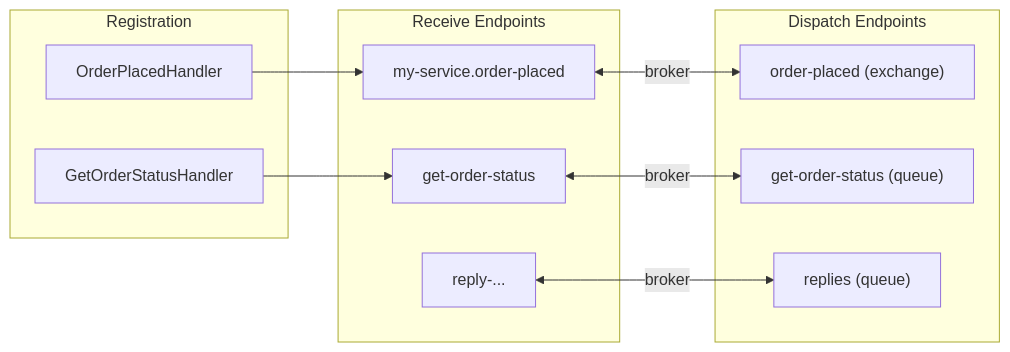
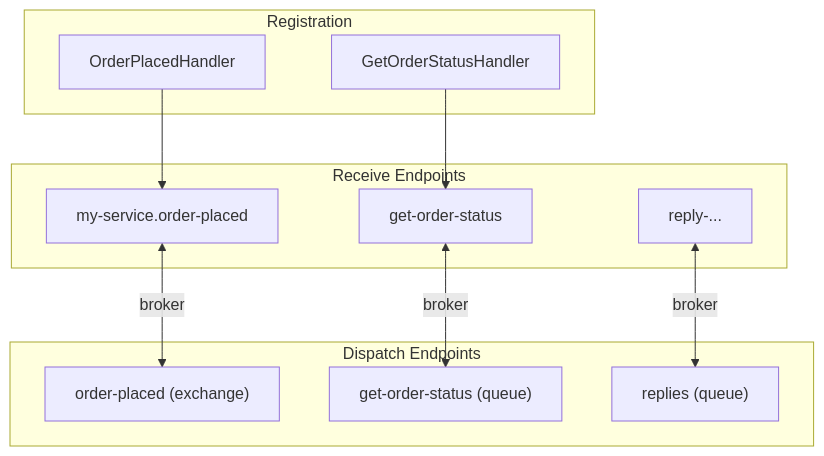
Before and after one commit to ChilliCream/graphql-platform: the diagram in website/src/docs/mocha/v1/routing-and-endpoints.md, drawn with Mermaid. The commit also changed other lines of this file and 149 other files, not shown here.

````diff
--- a/website/src/docs/mocha/v1/routing-and-endpoints.md
+++ b/website/src/docs/mocha/v1/routing-and-endpoints.md
@@ -34,26 +36,26 @@
 ```mermaid
-flowchart LR
+flowchart
     subgraph Registration
         H1[OrderPlacedHandler]
         H2[GetOrderStatusHandler]
     end
 
     subgraph ReceiveEndpoints["Receive Endpoints"]
         RE1["my-service.order-placed"]
         RE2["get-order-status"]
         RE3["reply-..."]
     end
 
     subgraph DispatchEndpoints["Dispatch Endpoints"]
         DE1["order-placed (exchange)"]
         DE2["get-order-status (queue)"]
         DE3["replies (queue)"]
     end
 
     H1 --> RE1
     H2 --> RE2
 
     RE1 <-->|broker| DE1
     RE2 <-->|broker| DE2
     RE3 <-->|broker| DE3
 ```
````
